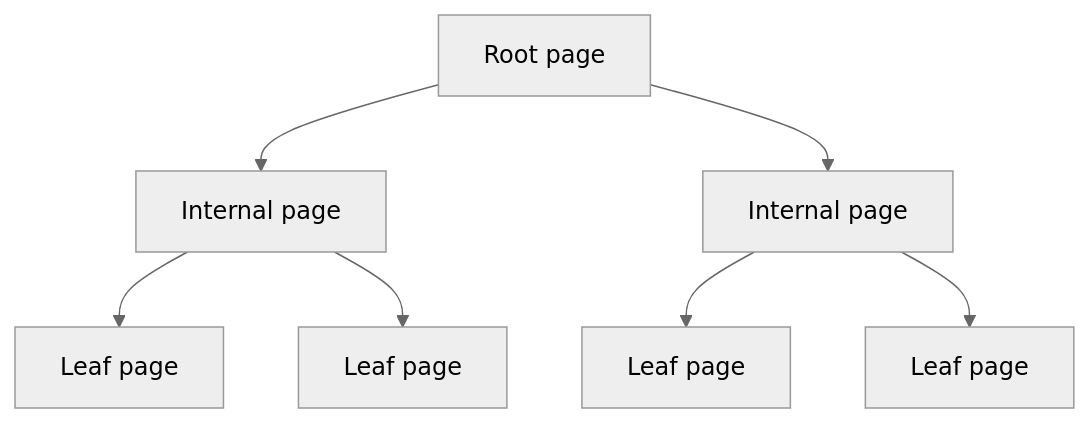
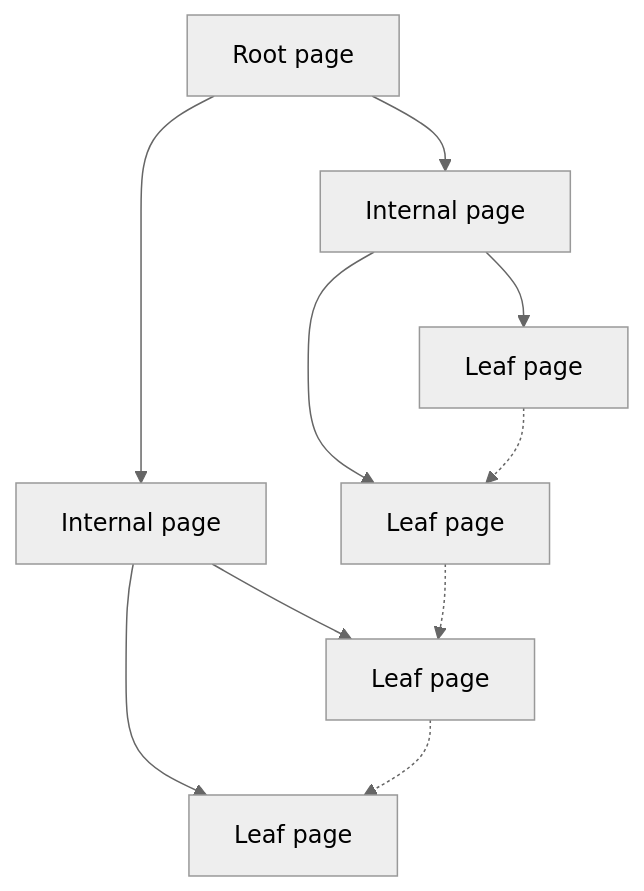
Before and after one commit to tjovic/database-design-labs-public: the second of 22 diagrams in labs/lab06-indexes.md, drawn with Mermaid (neutral theme). The commit also changed other lines of this file, not shown here.

````diff
--- a/labs/lab06-indexes.md
+++ b/labs/lab06-indexes.md
@@ -62,9 +62,12 @@
 ```mermaid
 flowchart TD
     R[Root page] --> I1[Internal page]
     R --> I2[Internal page]
     I1 --> L1[Leaf page]
     I1 --> L2[Leaf page]
     I2 --> L3[Leaf page]
     I2 --> L4[Leaf page]
+    L1 -.-> L2
+    L2 -.-> L3
+    L3 -.-> L4
 ```
````
